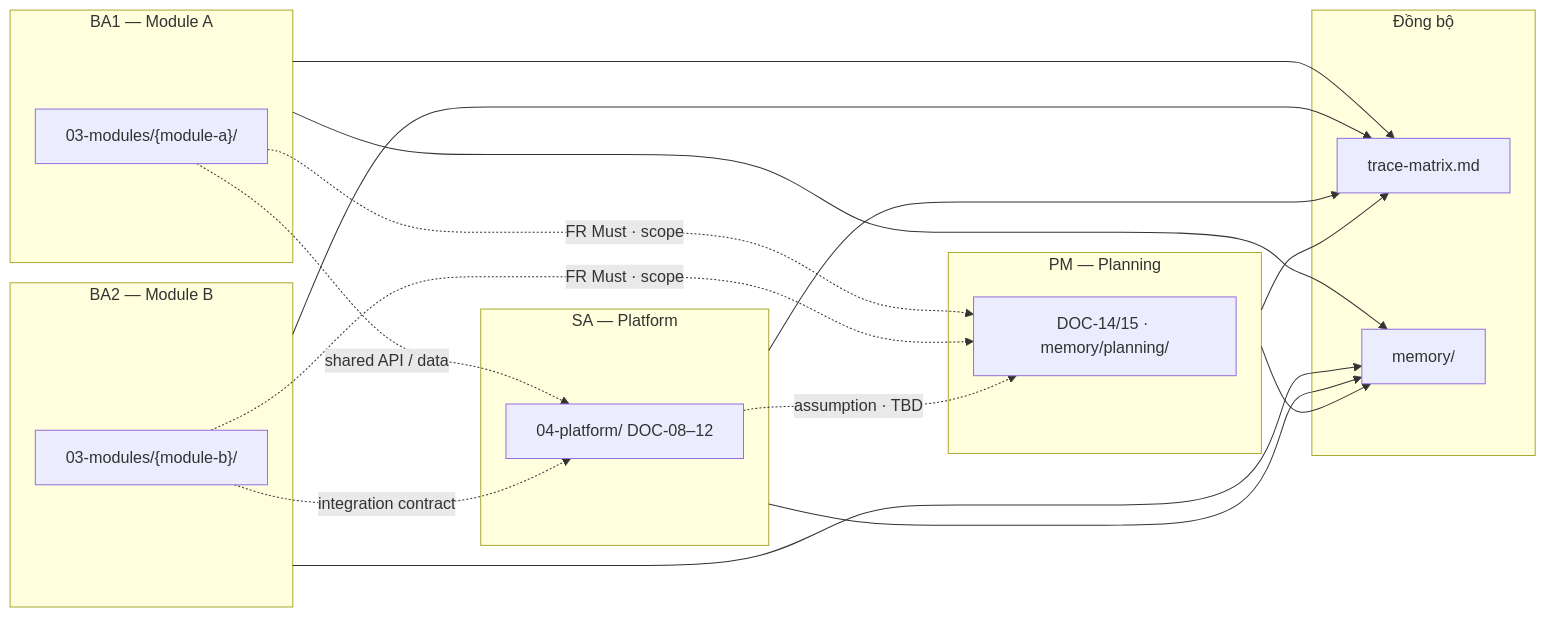
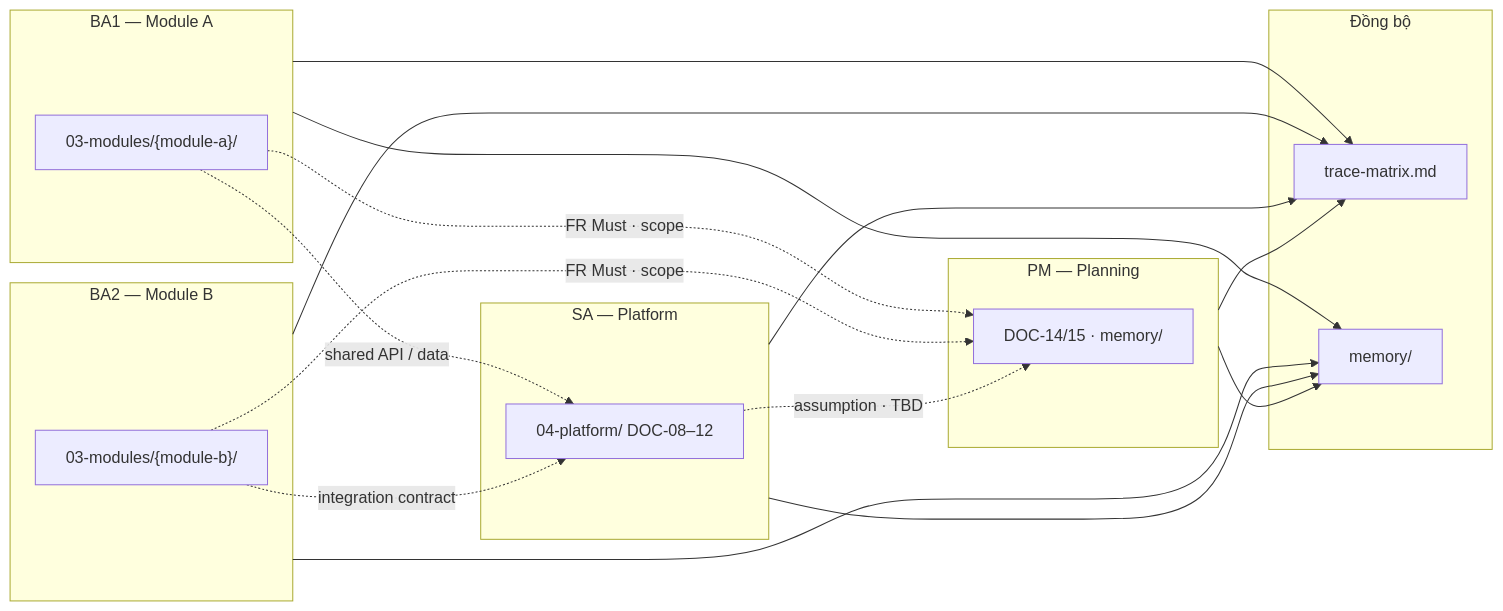
Before and after one commit to hoangnh2412/ai-skills: the diagram in src/sdlc/docs/parallel-work.md, drawn with Mermaid. The commit also changed other lines of this file and 207 other files, not shown here.

````diff
--- a/src/sdlc/docs/parallel-work.md
+++ b/src/sdlc/docs/parallel-work.md
@@ -20,32 +20,32 @@
 ```mermaid
 flowchart LR
   subgraph BA1["BA1 — Module A"]
     MOD_A["03-modules/{module-a}/"]
   end
   subgraph BA2["BA2 — Module B"]
     MOD_B["03-modules/{module-b}/"]
   end
   subgraph SA_ROLE["SA — Platform"]
     PLT["04-platform/ DOC-08–12"]
   end
   subgraph PM_ROLE["PM — Planning"]
-    PLAN["DOC-14/15 · memory/planning/"]
+    PLAN["DOC-14/15 · memory/"]
   end
   subgraph SYNC["Đồng bộ"]
     TM["trace-matrix.md"]
     MEM["memory/"]
   end
   BA1 --> TM
   BA2 --> TM
   SA_ROLE --> TM
   PM_ROLE --> TM
   BA1 --> MEM
   BA2 --> MEM
   SA_ROLE --> MEM
   PM_ROLE --> MEM
   MOD_A -.->|shared API / data| PLT
   MOD_B -.->|integration contract| PLT
   MOD_A -.->|FR Must · scope| PLAN
   MOD_B -.->|FR Must · scope| PLAN
   PLT -.->|assumption · TBD| PLAN
 ```
````
